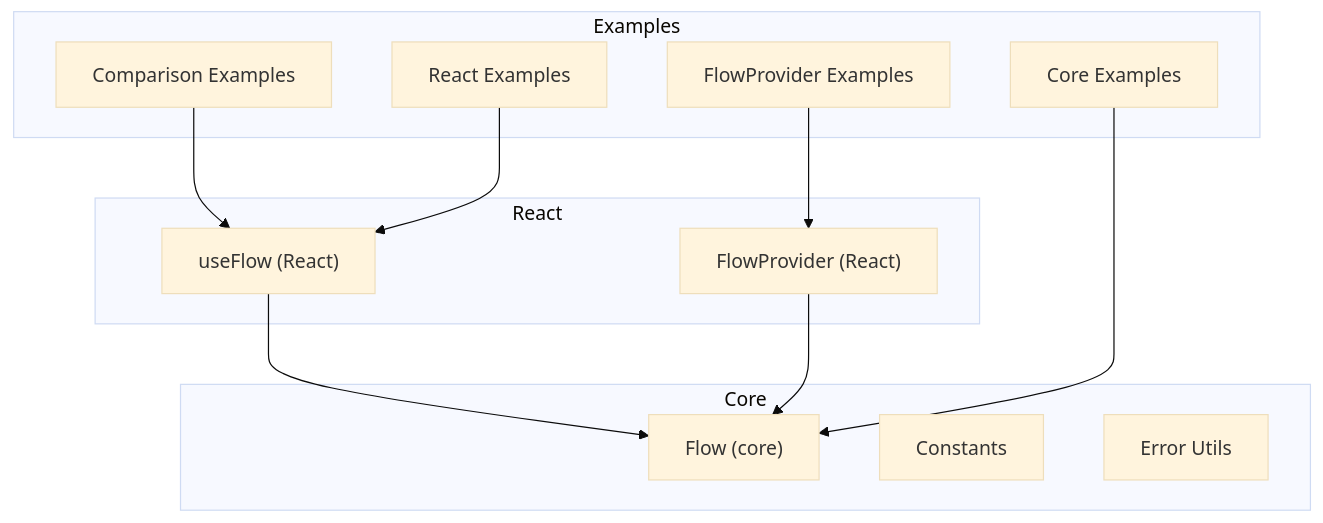
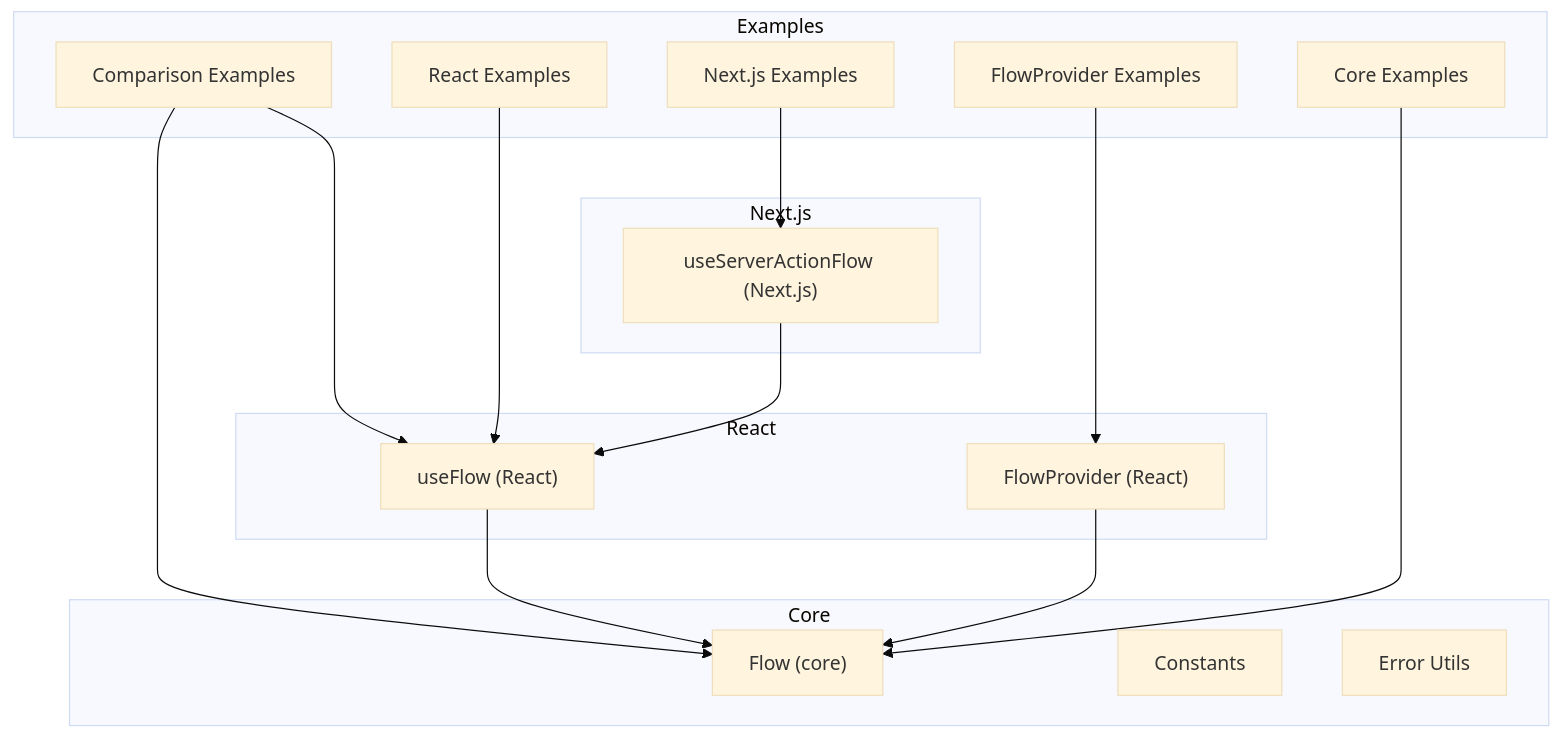
One commit to devhimanshuu/asyncflowstate changed the first of 3 diagrams in documentation/content/Getting Started.md. Above: the diagram before and after it, drawn with Mermaid (base theme). The commit also changed other lines of this file and 15 other files, not shown here.

Commit message:
feat: Add `@asyncflowstate/next` package with `useServerActionFlow` for Next.js Server Actions, including documentation and examples.

````diff
--- a/documentation/content/Getting Started.md
+++ b/documentation/content/Getting Started.md
@@ -55,24 +66,31 @@
 ```mermaid
 graph TB
 subgraph "Core"
 CORE_FLOW["Flow (core)"]
 CORE_CONST["Constants"]
 CORE_ERR["Error Utils"]
 end
 subgraph "React"
 REACT_USEFLOW["useFlow (React)"]
 REACT_PROVIDER["FlowProvider (React)"]
 end
+subgraph "Next.js"
+NEXT_USEFLOW["useServerActionFlow (Next.js)"]
+end
 subgraph "Examples"
 EX_COMP["Comparison Examples"]
 EX_REACT["React Examples"]
+EX_NEXT["Next.js Examples"]
 EX_PROVIDER["FlowProvider Examples"]
 EX_CORE["Core Examples"]
 end
 REACT_USEFLOW --> CORE_FLOW
 REACT_PROVIDER --> CORE_FLOW
+NEXT_USEFLOW --> REACT_USEFLOW
 EX_COMP --> REACT_USEFLOW
 EX_REACT --> REACT_USEFLOW
+EX_NEXT --> NEXT_USEFLOW
 EX_PROVIDER --> REACT_PROVIDER
+EX_COMP --> CORE_FLOW
 EX_CORE --> CORE_FLOW
 ```
````
